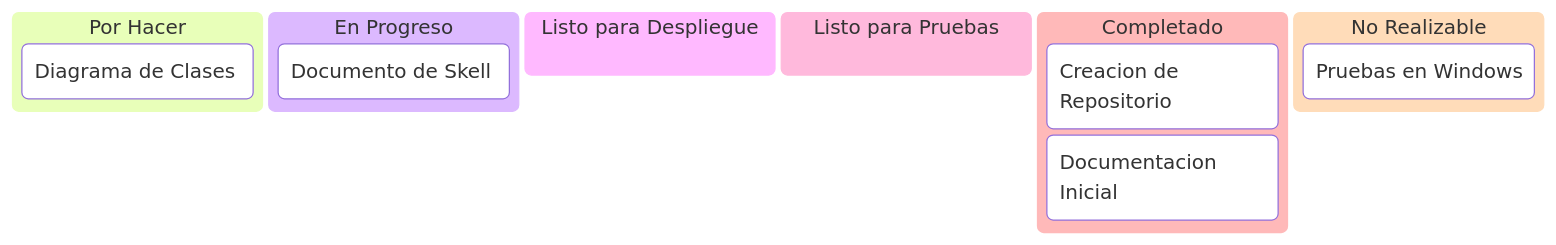
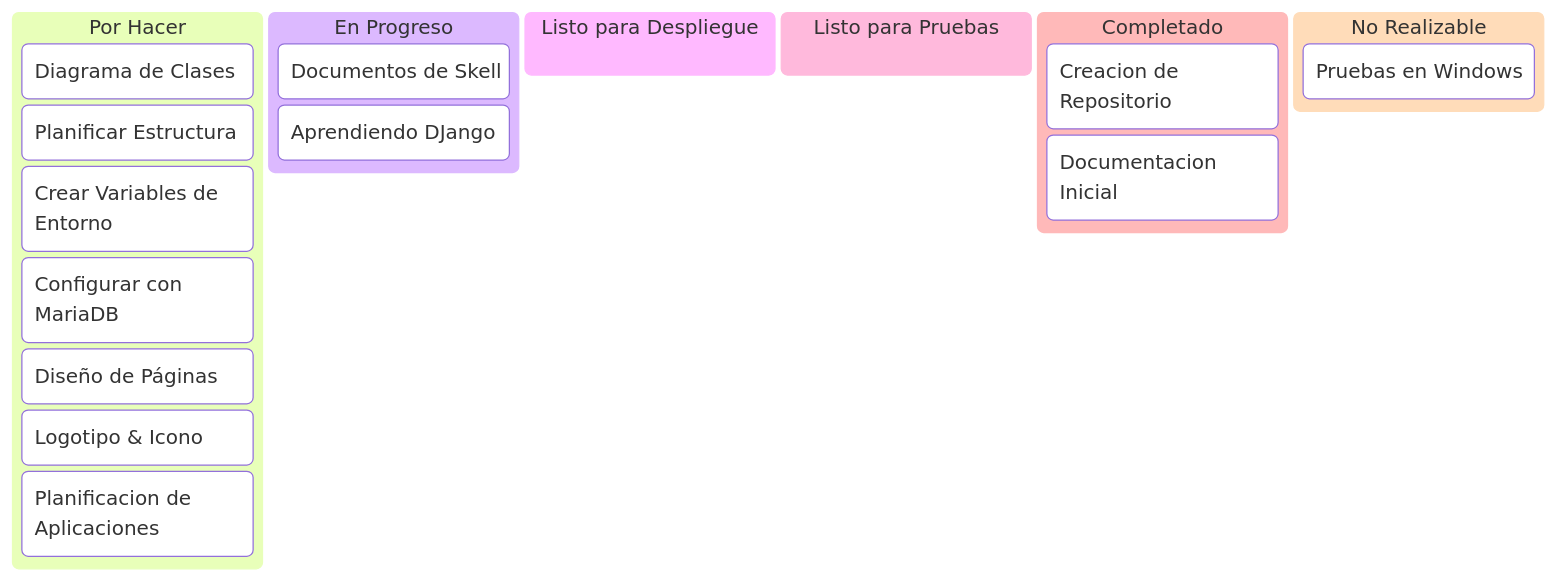
The second of 3 diagrams in skell-git.md (Skell-s-Software/Maretu), drawn with Mermaid before and after one commit. The commit also changed other lines of this file and 1 other file, not shown here.

Commit message:
Actualizacion de docs

````diff
--- a/skell-git.md
+++ b/skell-git.md
@@ -24,20 +26,26 @@
 ```mermaid
 ---
 config:
   kanban:
     ticketBaseUrl: 'https://github.com/mermaid-js/mermaid/issues/#TICKET#'
 ---
 kanban
   [Por Hacer]
     [Diagrama de Clases]
+    [Planificar Estructura]
+    [Crear Variables de Entorno]
+    [Configurar con MariaDB]
+    [Diseño de Páginas]
+    [Logotipo & Icono]
+    [Planificacion de Aplicaciones]
   [En Progreso]
-    [Documento de Skell]
+    [Documentos de Skell]
+    [Aprendiendo DJango]
   [Listo para Despliegue]
   [Listo para Pruebas]
   [Completado]
     [Creacion de Repositorio]
     [Documentacion Inicial]
   [No Realizable]
     [Pruebas en Windows]
-
 ```
````
